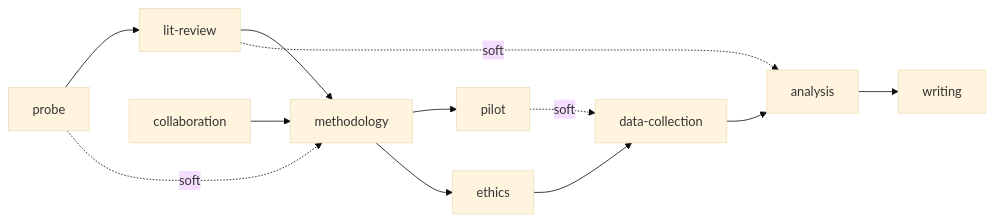
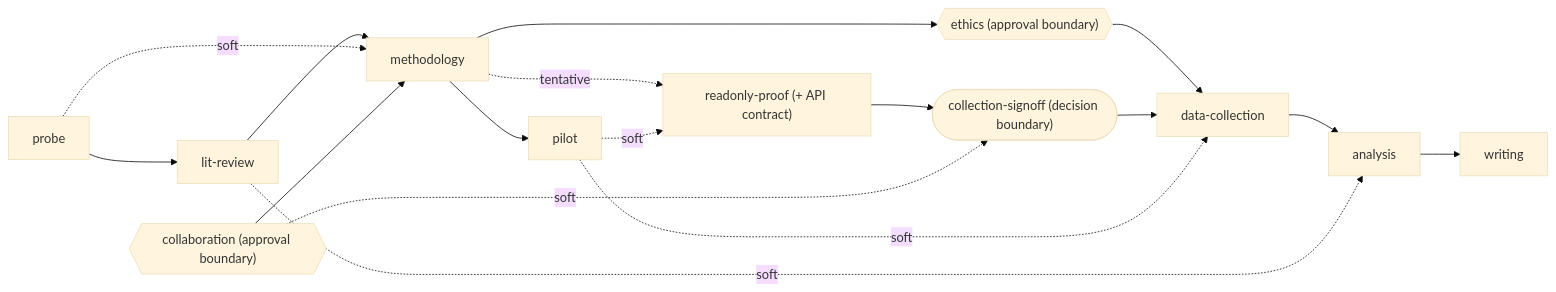
The diagram in specs/workflows/research-decomposition.md (nicsuzor/academicOps), drawn with Mermaid (base theme) before and after one commit. The commit also changed other lines of this file and 9 other files, not shown here.

````diff
--- a/specs/workflows/research-decomposition.md
+++ b/specs/workflows/research-decomposition.md
@@ -71,14 +75,19 @@
 ```mermaid
-graph LR
-    probe --> litreview[lit-review]
-    litreview --> methodology
-    methodology --> pilot
-    methodology --> ethics
-    ethics --> datacollection[data-collection]
+flowchart LR
+    probe["probe"] --> litreview["lit-review"]
+    litreview --> methodology["methodology"]
+    methodology --> pilot["pilot"]
+    methodology --> ethics{{"ethics (approval boundary)"}}
+    methodology -.tentative.-> readonlyproof["readonly-proof (+ API contract)"]
+    pilot -.soft.-> readonlyproof
+    readonlyproof --> signoff(["collection-signoff (decision boundary)"])
+    ethics --> datacollection["data-collection"]
+    signoff --> datacollection
     pilot -.soft.-> datacollection
-    datacollection --> analysis
-    analysis --> writing
+    datacollection --> analysis["analysis"]
+    analysis --> writing["writing"]
     probe -.soft.-> methodology
     litreview -.soft.-> analysis
-    collaboration --> methodology
+    collaboration{{"collaboration (approval boundary)"}} --> methodology
+    collaboration -.soft.-> signoff
 ```
````
